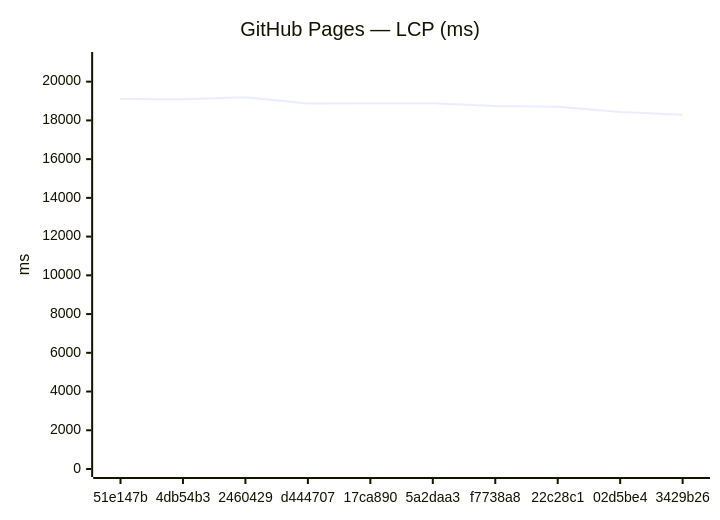
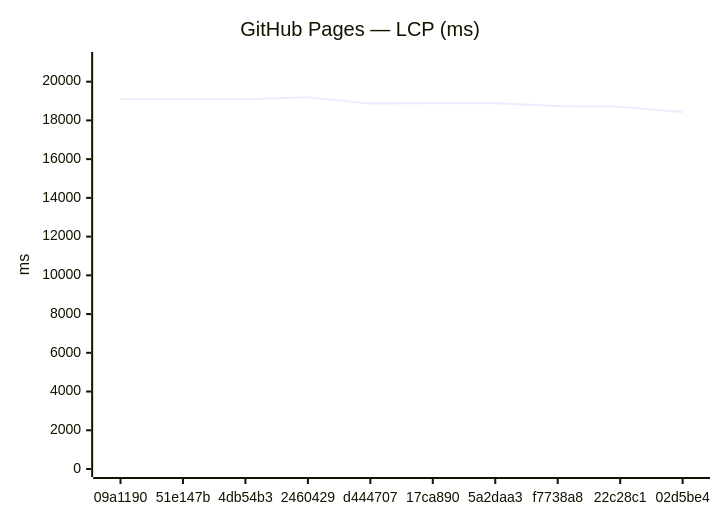
One commit to Metaheurist/Rianell changed the third of 18 diagrams in benchmarks/compare.md. Above: the diagram before and after it, drawn with Mermaid. The commit also changed other lines of this file and 11 other files, not shown here.

````diff
--- a/benchmarks/compare.md
+++ b/benchmarks/compare.md
@@ -54,7 +54,7 @@
 ```mermaid
 xychart-beta
     title "GitHub Pages — LCP (ms)"
-    x-axis ["51e147b", "4db54b3", "2460429", "d444707", "17ca890", "5a2daa3", "f7738a8", "22c28c1", "02d5be4", "3429b26"]
+    x-axis ["09a1190", "51e147b", "4db54b3", "2460429", "d444707", "17ca890", "5a2daa3", "f7738a8", "22c28c1", "02d5be4"]
     y-axis "ms" 0 --> 21119
-    line [19101, 19086, 19199, 18871, 18888, 18892, 18741, 18704, 18438, 18287]
+    line [19086, 19101, 19086, 19199, 18871, 18888, 18892, 18741, 18704, 18438]
 ```
````
